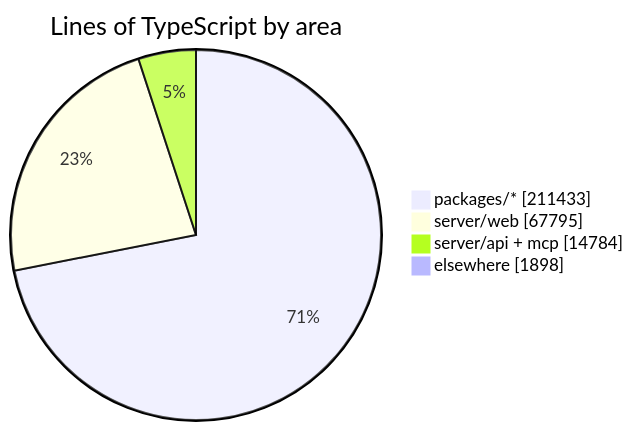
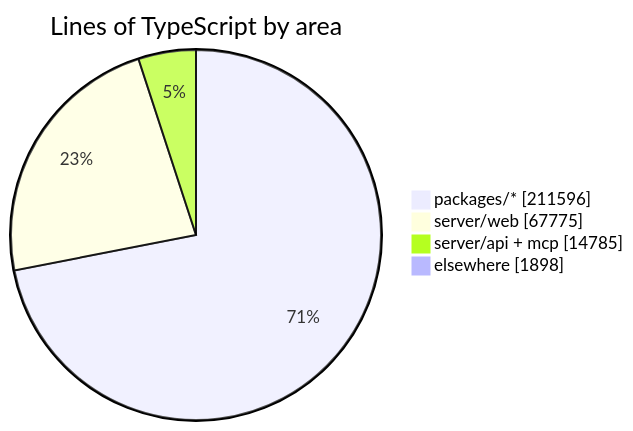
The diagram in README.md (crossworks-engineering/mantle), drawn with Mermaid before and after one commit. The commit also changed other lines of this file and 2 other files, not shown here.

````diff
--- a/README.md
+++ b/README.md
@@ -287,7 +287,7 @@
 ```mermaid
 pie showData title Lines of TypeScript by area
-    "packages/*" : 211433
-    "server/web" : 67795
-    "server/api + mcp" : 14784
+    "packages/*" : 211596
+    "server/web" : 67775
+    "server/api + mcp" : 14785
     "elsewhere" : 1898
 ```
````
